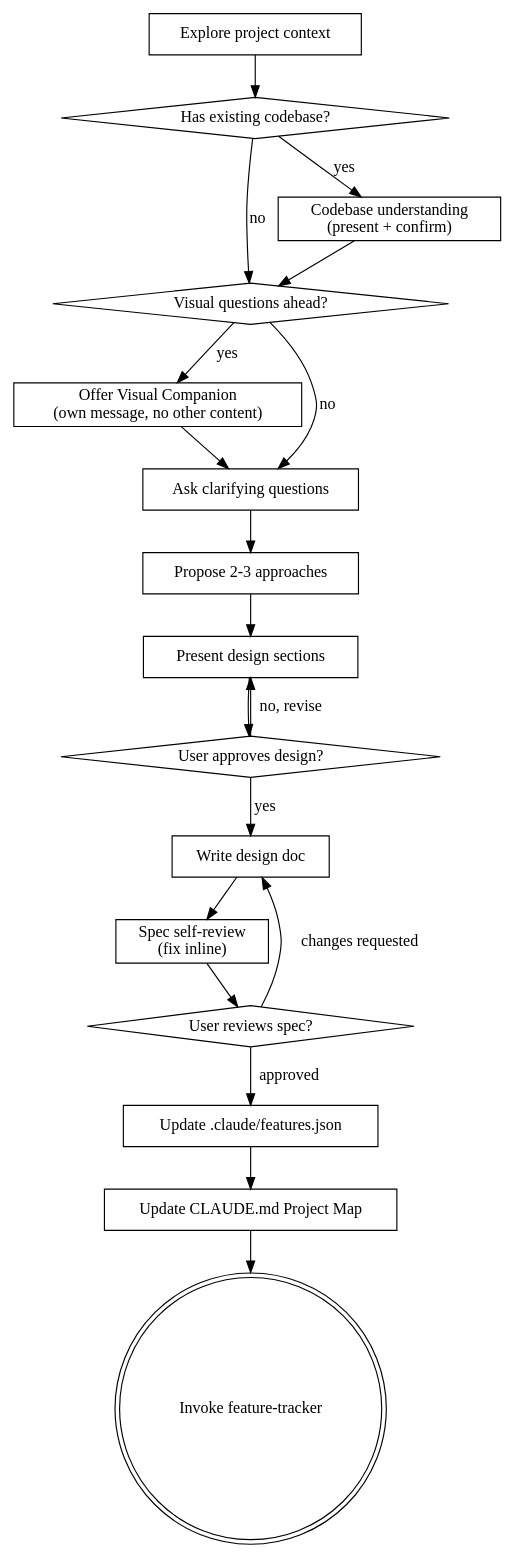
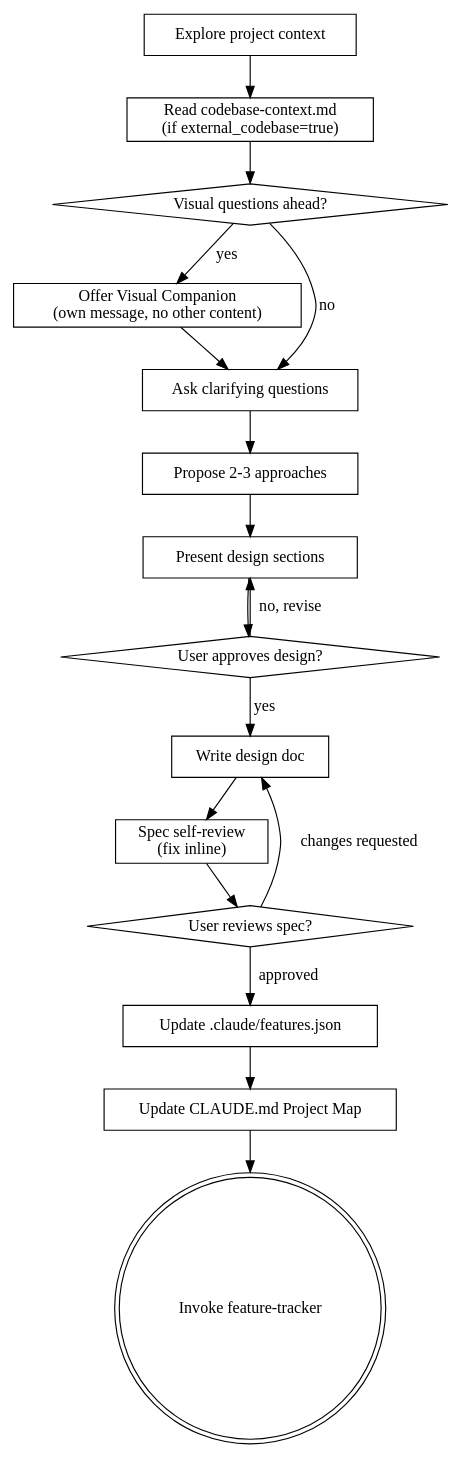
The diagram in skills/brainstorming/SKILL.md (shawnyin128/sp-harness), drawn with Graphviz before and after one commit. The commit also changed other lines of this file and 4 other files, not shown here.

````diff
--- a/skills/brainstorming/SKILL.md
+++ b/skills/brainstorming/SKILL.md
@@ -41,40 +40,37 @@
 ```dot
 digraph brainstorming {
     "Explore project context" [shape=box];
     "Visual questions ahead?" [shape=diamond];
     "Offer Visual Companion\n(own message, no other content)" [shape=box];
     "Ask clarifying questions" [shape=box];
     "Propose 2-3 approaches" [shape=box];
     "Present design sections" [shape=box];
     "User approves design?" [shape=diamond];
     "Write design doc" [shape=box];
     "Spec self-review\n(fix inline)" [shape=box];
     "User reviews spec?" [shape=diamond];
     "Invoke feature-tracker" [shape=doublecircle];
 
-    "Has existing codebase?" [shape=diamond];
-    "Codebase understanding\n(present + confirm)" [shape=box];
+    "Read codebase-context.md\n(if external_codebase=true)" [shape=box];
 
-    "Explore project context" -> "Has existing codebase?";
-    "Has existing codebase?" -> "Codebase understanding\n(present + confirm)" [label="yes"];
-    "Has existing codebase?" -> "Visual questions ahead?" [label="no"];
-    "Codebase understanding\n(present + confirm)" -> "Visual questions ahead?";
+    "Explore project context" -> "Read codebase-context.md\n(if external_codebase=true)";
+    "Read codebase-context.md\n(if external_codebase=true)" -> "Visual questions ahead?";
     "Visual questions ahead?" -> "Offer Visual Companion\n(own message, no other content)" [label="yes"];
     "Visual questions ahead?" -> "Ask clarifying questions" [label="no"];
     "Offer Visual Companion\n(own message, no other content)" -> "Ask clarifying questions";
     "Ask clarifying questions" -> "Propose 2-3 approaches";
     "Propose 2-3 approaches" -> "Present design sections";
     "Present design sections" -> "User approves design?";
     "User approves design?" -> "Present design sections" [label="no, revise"];
     "User approves design?" -> "Write design doc" [label="yes"];
     "Write design doc" -> "Spec self-review\n(fix inline)";
     "Spec self-review\n(fix inline)" -> "User reviews spec?";
     "Update .claude/features.json" [shape=box];
     "Update CLAUDE.md Project Map" [shape=box];
 
     "User reviews spec?" -> "Write design doc" [label="changes requested"];
     "User reviews spec?" -> "Update .claude/features.json" [label="approved"];
     "Update .claude/features.json" -> "Update CLAUDE.md Project Map";
     "Update CLAUDE.md Project Map" -> "Invoke feature-tracker";
 }
 ```
````
